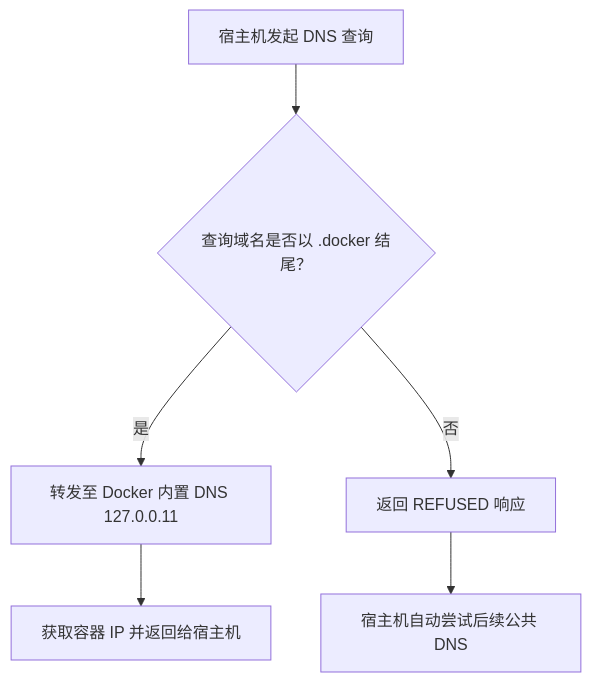
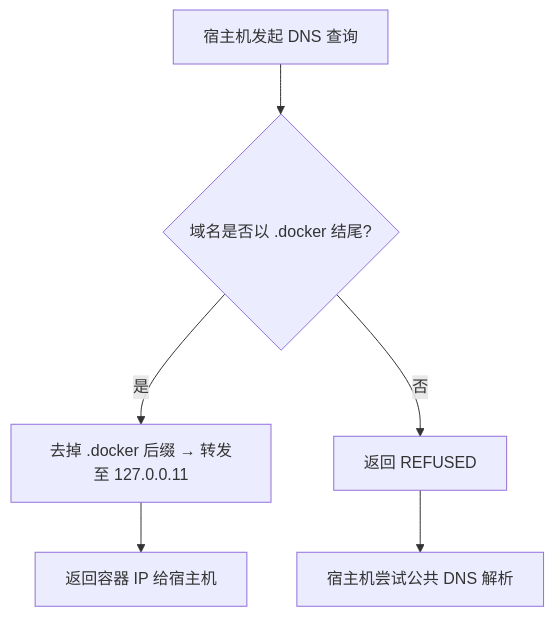
The diagram in README.md (bytesharky/docker-dns), drawn with Mermaid before and after one commit. The commit also changed other lines of this file, not shown here.

````diff
--- a/README.md
+++ b/README.md
@@ -36,8 +53,8 @@
 ```mermaid
 graph TD
-    A[宿主机发起 DNS 查询] --> B{查询域名是否以 .docker 结尾？}
-    B -->|是| C[转发至 Docker 内置 DNS 127.0.0.11]
-    C --> D[获取容器 IP 并返回给宿主机]
-    B -->|否| E[返回 REFUSED 响应]
-    E --> F[宿主机自动尝试后续公共 DNS]
+    A[宿主机发起 DNS 查询] --> B{域名是否以 .docker 结尾?}
+    B -->|是| C[去掉 .docker 后缀 → 转发至 127.0.0.11]
+    C --> D[返回容器 IP 给宿主机]
+    B -->|否| E[返回 REFUSED]
+    E --> F[宿主机尝试公共 DNS 解析]
 ```
````
